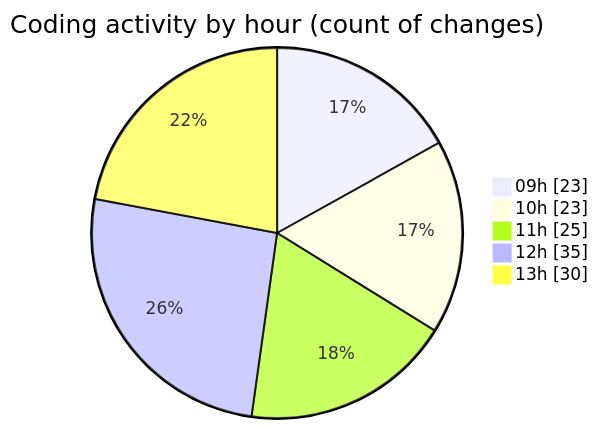
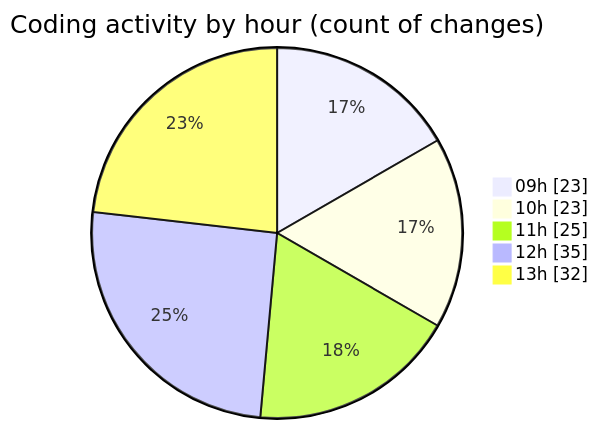
Before and after one commit to momahboobian/code-tracking: the second of 2 diagrams in 2025-10-23/cda/README.md, drawn with Mermaid. The commit also changed other lines of this file and 1 other file, not shown here.

````diff
--- a/2025-10-23/cda/README.md
+++ b/2025-10-23/cda/README.md
@@ -34,9 +34,9 @@
 ```mermaid
 pie showData
 title Coding activity by hour (count of changes)
 "09h" : 23
 "10h" : 23
 "11h" : 25
 "12h" : 35
-"13h" : 30
+"13h" : 32
 ```
````
